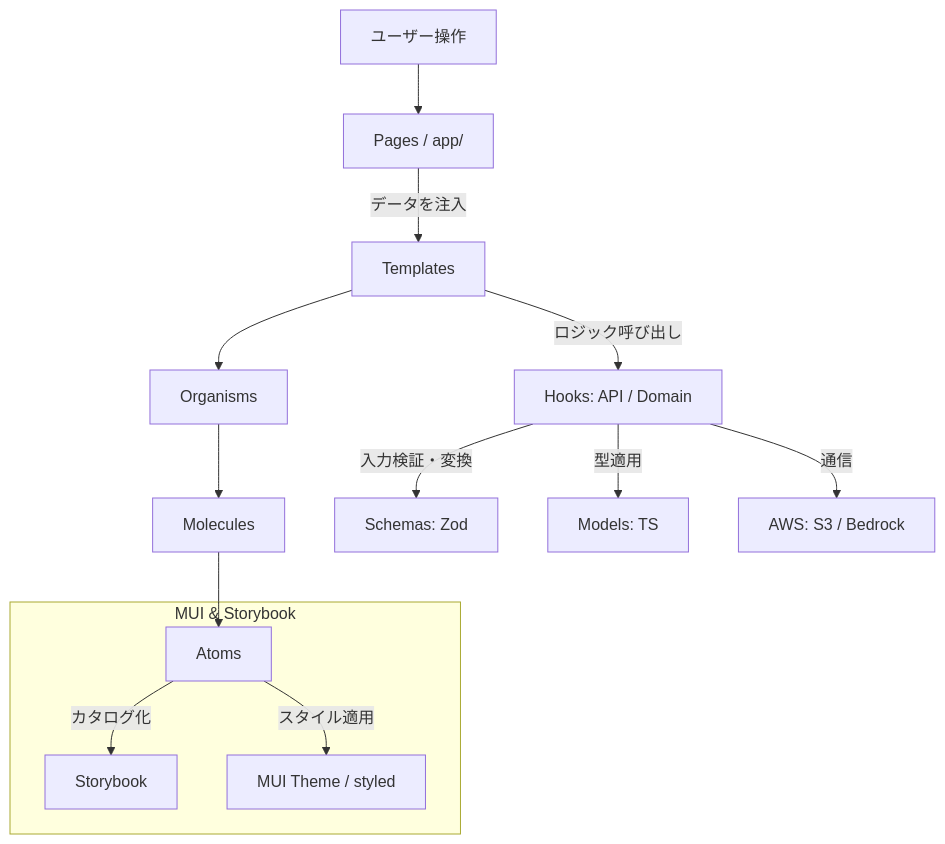
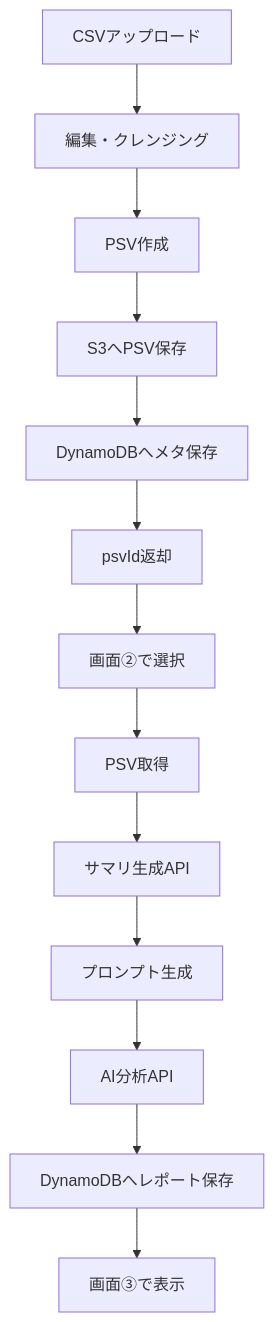
The diagram in 詳細設計書.md (yonegen0/kakeibo_app), drawn with Mermaid before and after one commit. The commit also changed other lines of this file, not shown here.

````diff
--- a/詳細設計書.md
+++ b/詳細設計書.md
@@ -97,19 +41,15 @@
 ```mermaid
 graph TD
-    UserAction[ユーザー操作] --> Page[Pages / app/]
-    
-    Page -->|データを注入| Template[Templates]
-    Template --> Organism[Organisms]
-    Organism --> Molecule[Molecules]
-    Molecule --> Atom[Atoms]
-
-    subgraph UI_Framework [MUI & Storybook]
-        Atom -->|カタログ化| Story[Storybook]
-        Atom -->|スタイル適用| MUI[MUI Theme / styled]
-    end
-
-    Template -->|ロジック呼び出し| Hook[Hooks: API / Domain]
-    Hook -->|入力検証・変換| Schema[Schemas: Zod]
-    Hook -->|型適用| Model[Models: TS]
-    Hook -->|通信| Backend[AWS: S3 / Bedrock]
+    A[CSVアップロード] --> B[編集・クレンジング]
+    B --> C[PSV作成]
+    C --> D[S3へPSV保存]
+    D --> E[DynamoDBへメタ保存]
+    E --> F[psvId返却]
+    F --> G[画面②で選択]
+    G --> H[PSV取得]
+    H --> I[サマリ生成API]
+    I --> J[プロンプト生成]
+    J --> K[AI分析API]
+    K --> L[DynamoDBへレポート保存]
+    L --> M[画面③で表示]
 ```
````
